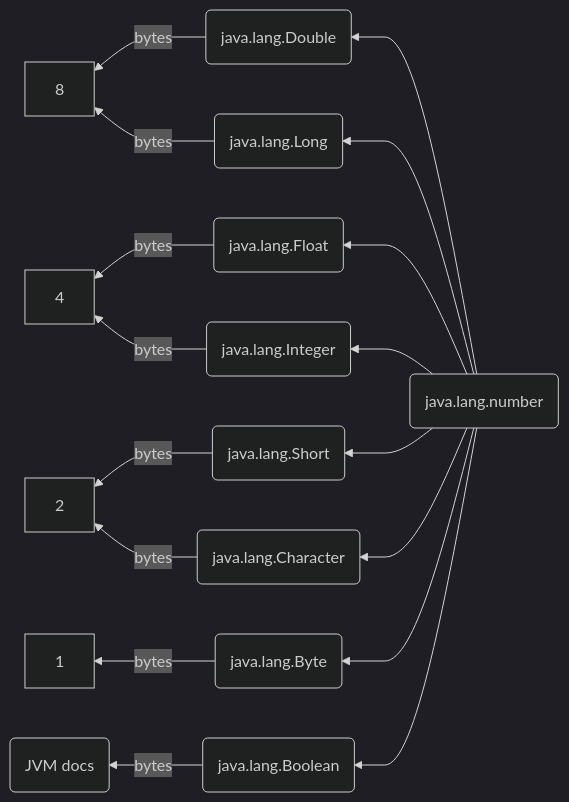
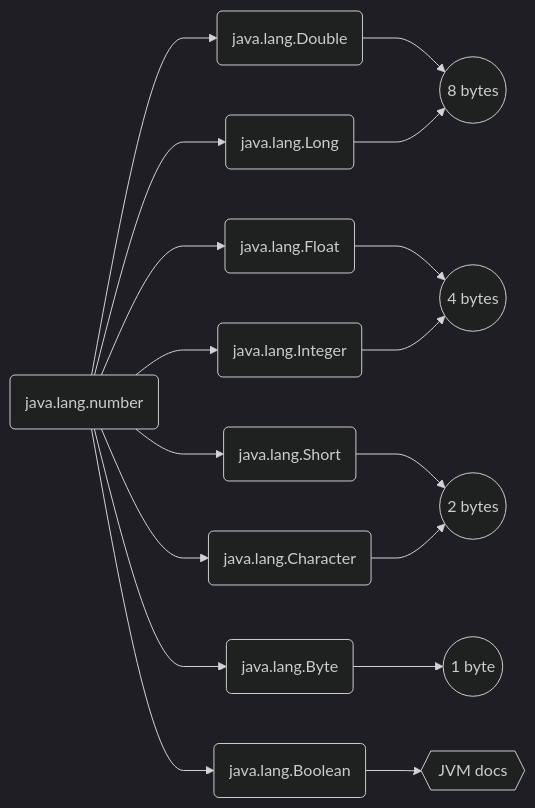
Before and after one commit to DevFzn/Oracle_One-Alura_Latam: the sixth of 6 diagrams in 008_java_oo/java_util.md, drawn with Mermaid. The commit also changed other lines of this file and 34 other files, not shown here.

````diff
--- a/008_java_oo/java_util.md
+++ b/008_java_oo/java_util.md
@@ -606,13 +606,13 @@
 ```mermaid
 %%{init: {'theme': 'dark','themeVariables': {'clusterBkg': '#2b2f38'}, 'flowchart': {'curve': 'monotoneX'}}}%%
-flowchart RL
-        jln(java.lang.number)-->jld(java.lang.Double)--bytes-->8
-        jln-->jlf(java.lang.Float)--bytes-->4
-        jln-->jll(java.lang.Long)--bytes-->8
-        jln-->jli(java.lang.Integer)--bytes-->4
-        jln-->jls(java.lang.Short)--bytes-->2
-        jln-->jlb(java.lang.Byte)--bytes-->1
-        jln-->jlc(java.lang.Character)--bytes-->2
-        jln-->jlbol(java.lang.Boolean)--bytes-->docs(JVM docs)
+flowchart LR
+        jln(java.lang.number)-->jld(java.lang.Double)-->b8
+        jln-->jlf(java.lang.Float)-->b4((4 bytes))
+        jln-->jll(java.lang.Long)-->b8((8 bytes))
+        jln-->jli(java.lang.Integer)-->b4
+        jln-->jls(java.lang.Short)-->b2((2 bytes))
+        jln-->jlb(java.lang.Byte)-->b1((1 byte))
+        jln-->jlc(java.lang.Character)-->b2
+        jln-->jlbol(java.lang.Boolean)-->docs{{JVM docs}}
     click docs "https://docs.oracle.com/javase/specs/jvms/se17/html/jvms-2.html#jvms-2.3.4" "Documentación Java" _blank
 ```
````
